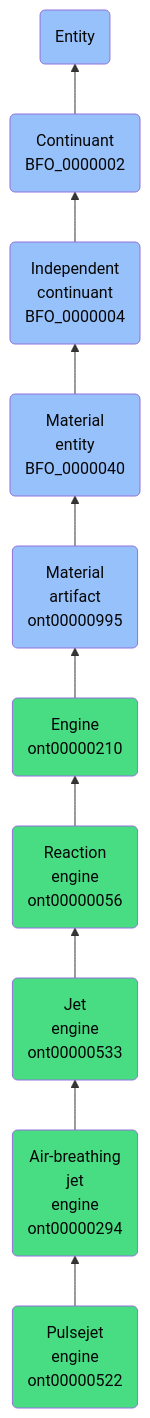
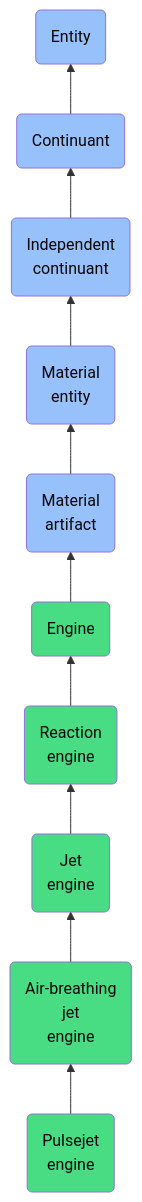
One commit to jupyter-naas/abi changed the diagram in docs/ontology/reference/model/Entity/Continuant/Independent continuant/Material entity/Material artifact/Engine/Reaction engine/Jet engine/Air-breathing jet engine/Pulsejet engine/Pulsejet engine.md. Above: the diagram before and after it, drawn with Mermaid. The commit also changed other lines of this file and 1430 other files, not shown here.

````diff
--- a/docs/ontology/reference/model/Entity/Continuant/Independent continuant/Material entity/Material artifact/Engine/Reaction engine/Jet engine/Air-breathing jet engine/Pulsejet engine/Pulsejet engine.md
+++ b/docs/ontology/reference/model/Entity/Continuant/Independent continuant/Material entity/Material artifact/Engine/Reaction engine/Jet engine/Air-breathing jet engine/Pulsejet engine/Pulsejet engine.md
@@ -25,17 +25,17 @@
 ```mermaid
 graph BT
-    ont00000522(Pulsejet<br>engine<br>ont00000522):::ABI-->ont00000294
-    ont00000294(Air-breathing<br>jet<br>engine<br>ont00000294):::ABI-->ont00000533
-    ont00000533(Jet<br>engine<br>ont00000533):::ABI-->ont00000056
-    ont00000056(Reaction<br>engine<br>ont00000056):::ABI-->ont00000210
-    ont00000210(Engine<br>ont00000210):::ABI-->ont00000995
-    ont00000995(Material<br>artifact<br>ont00000995):::BFO-->BFO_0000040
-    BFO_0000040(Material<br>entity<br>BFO_0000040):::BFO-->BFO_0000004
-    BFO_0000004(Independent<br>continuant<br>BFO_0000004):::BFO-->BFO_0000002
-    BFO_0000002(Continuant<br>BFO_0000002):::BFO-->BFO_0000001
+    ont00000522(Pulsejet<br>engine):::ABI-->ont00000294
+    ont00000294(Air-breathing<br>jet<br>engine):::ABI-->ont00000533
+    ont00000533(Jet<br>engine):::ABI-->ont00000056
+    ont00000056(Reaction<br>engine):::ABI-->ont00000210
+    ont00000210(Engine):::ABI-->ont00000995
+    ont00000995(Material<br>artifact):::BFO-->BFO_0000040
+    BFO_0000040(Material<br>entity):::BFO-->BFO_0000004
+    BFO_0000004(Independent<br>continuant):::BFO-->BFO_0000002
+    BFO_0000002(Continuant):::BFO-->BFO_0000001
     BFO_0000001(Entity):::BFO
     
     classDef BFO fill:#97c1fb,color:#060606
     classDef CCO fill:#e4c51e,color:#060606
     classDef ABI fill:#48DD82,color:#060606
 ```
````
